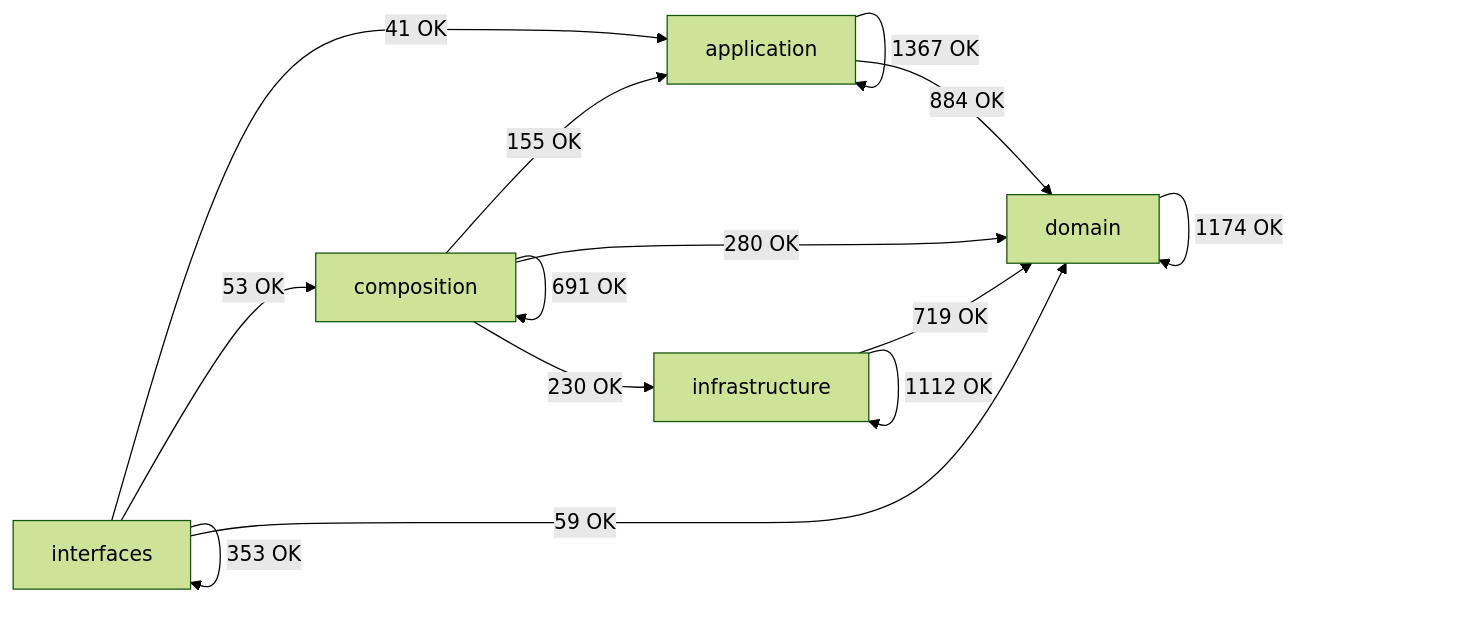
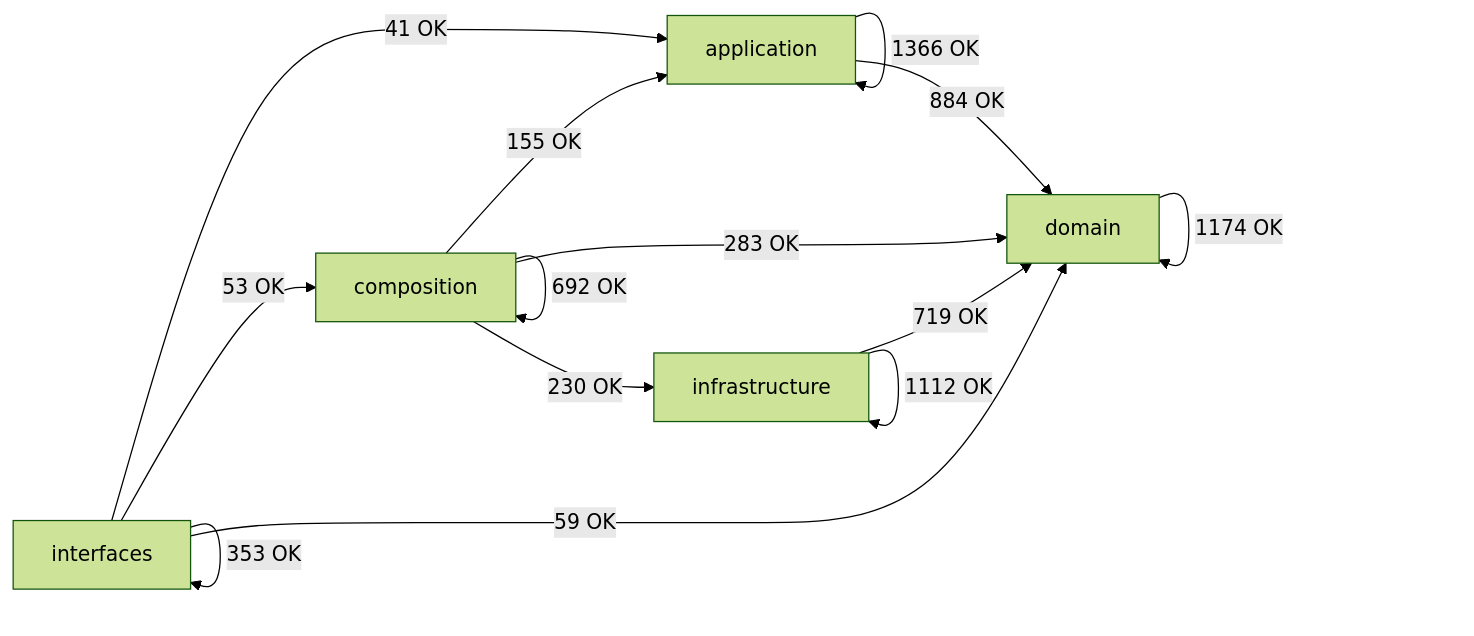
Before and after one commit to SatoryKono/BioactivityDataAcquisition: the diagram in docs/02-architecture/generated/module-dependency-map.md, drawn with Mermaid (forest theme). The commit also changed other lines of this file and 36 other files, not shown here.

````diff
--- a/docs/02-architecture/generated/module-dependency-map.md
+++ b/docs/02-architecture/generated/module-dependency-map.md
@@ -17,21 +17,21 @@
 ```mermaid
 flowchart LR
     domain[domain]
     application[application]
     infrastructure[infrastructure]
     composition[composition]
     interfaces[interfaces]
-    application -->|1367 OK| application
+    application -->|1366 OK| application
     application -->|884 OK| domain
     composition -->|155 OK| application
-    composition -->|691 OK| composition
-    composition -->|280 OK| domain
+    composition -->|692 OK| composition
+    composition -->|283 OK| domain
     composition -->|230 OK| infrastructure
     domain -->|1174 OK| domain
     infrastructure -->|719 OK| domain
     infrastructure -->|1112 OK| infrastructure
     interfaces -->|41 OK| application
     interfaces -->|53 OK| composition
     interfaces -->|59 OK| domain
     interfaces -->|353 OK| interfaces
 ```
````
